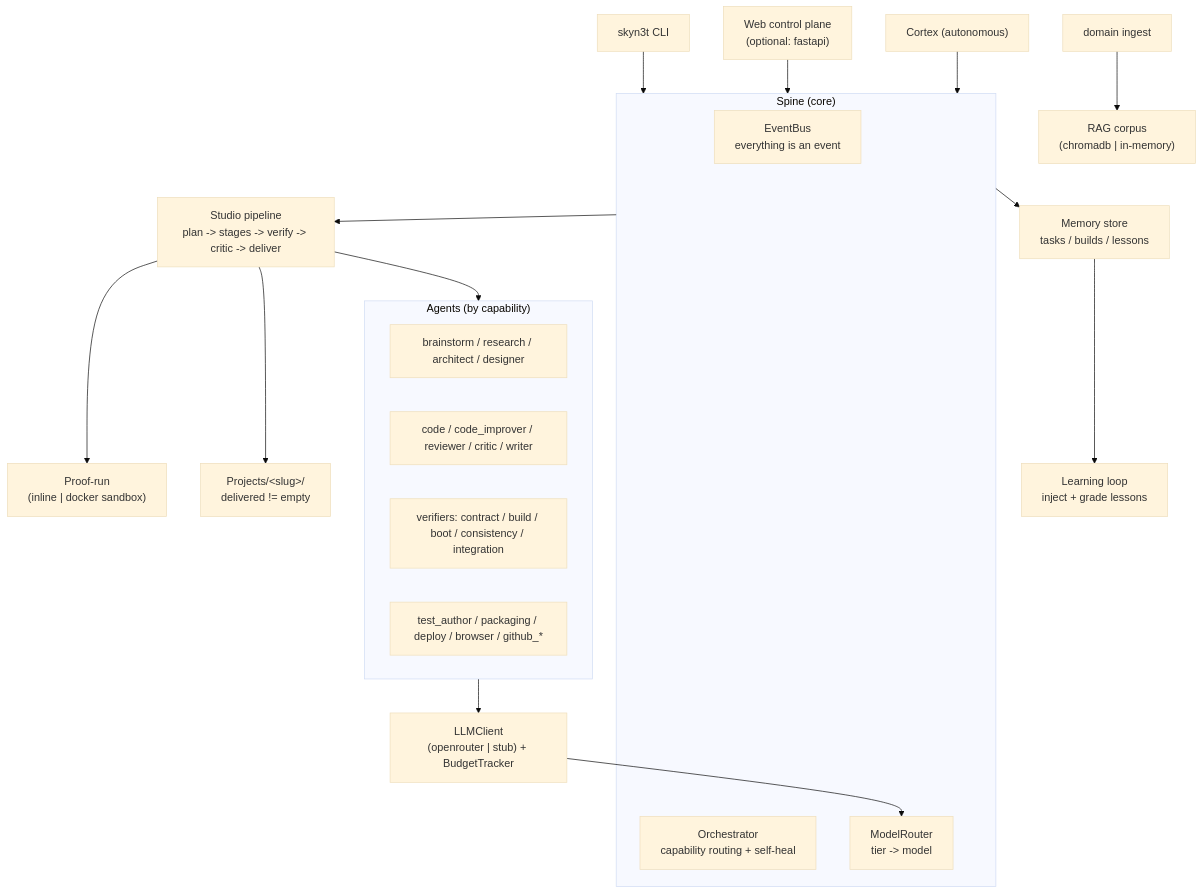
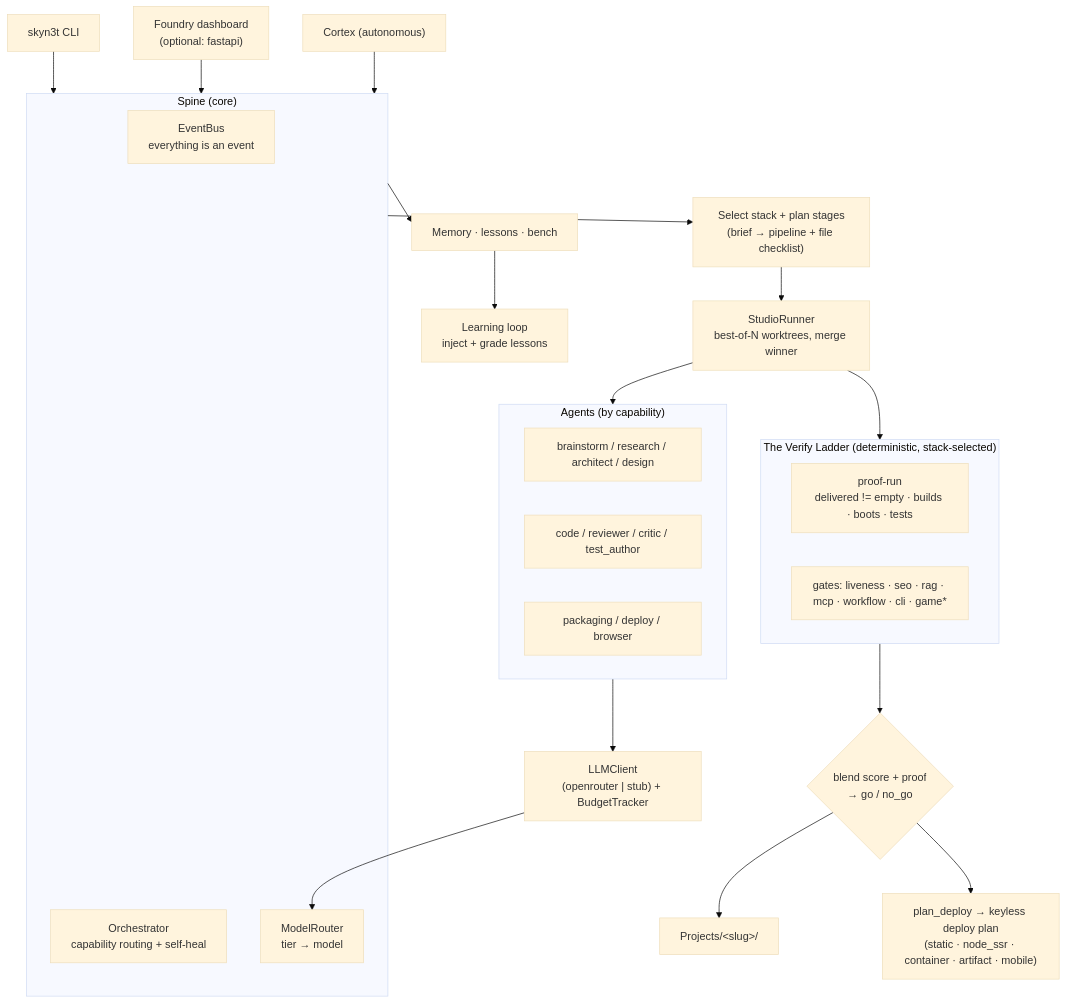
Before and after one commit to Choaterboater/skyn3t-2-0: the diagram in README.md, drawn with Mermaid (base theme). The commit also changed other lines of this file and 8 other files, not shown here.

First line of the commit message:
docs: refresh README (stacks, Verify Ladder, Ship, Foundry, new diagram) + archive stale ledgers

````diff
--- a/README.md
+++ b/README.md
@@ -90,32 +157,38 @@
 ```mermaid
 flowchart TD
     CLI["skyn3t CLI"] --> SPINE
-    WEB["Web control plane<br/>(optional: fastapi)"] --> SPINE
+    WEB["Foundry dashboard<br/>(optional: fastapi)"] --> SPINE
 
     subgraph SPINE["Spine (core)"]
         BUS["EventBus<br/>everything is an event"]
         ORCH["Orchestrator<br/>capability routing + self-heal"]
-        ROUTER["ModelRouter<br/>tier -> model"]
+        ROUTER["ModelRouter<br/>tier → model"]
     end
 
-    SPINE --> STUDIO["Studio pipeline<br/>plan -> stages -> verify -> critic -> deliver"]
+    SPINE --> PLAN["Select stack + plan stages<br/>(brief → pipeline + file checklist)"]
+    PLAN --> STUDIO["StudioRunner<br/>best-of-N worktrees, merge winner"]
     STUDIO --> AGENTS
 
     subgraph AGENTS["Agents (by capability)"]
-        A1["brainstorm / research / architect / designer"]
-        A2["code / code_improver / reviewer / critic / writer"]
-        A3["verifiers: contract / build / boot / consistency / integration"]
-        A4["test_author / packaging / deploy / browser / github_*"]
+        A1["brainstorm / research / architect / design"]
+        A2["code / reviewer / critic / test_author"]
+        A3["packaging / deploy / browser"]
     end
 
-    STUDIO --> PROOF["Proof-run<br/>(inline | docker sandbox)"]
-    STUDIO --> DELIVER["Projects/&lt;slug&gt;/<br/>delivered != empty"]
+    STUDIO --> LADDER
+
+    subgraph LADDER["The Verify Ladder (deterministic, stack-selected)"]
+        P["proof-run<br/>delivered != empty · builds · boots · tests"]
+        G["gates: liveness · seo · rag · mcp · workflow · cli · game*"]
+    end
+
+    LADDER --> VERDICT{"blend score + proof<br/>→ go / no_go"}
+    VERDICT --> DELIVER["Projects/&lt;slug&gt;/"]
+    VERDICT --> SHIP["plan_deploy → keyless deploy plan<br/>(static · node_ssr · container · artifact · mobile)"]
 
     AGENTS --> LLM["LLMClient<br/>(openrouter | stub) + BudgetTracker"]
     LLM --> ROUTER
-
-    SPINE --> MEM["Memory store<br/>tasks / builds / lessons"]
+    SPINE --> MEM["Memory · lessons · bench"]
     MEM --> LEARN["Learning loop<br/>inject + grade lessons"]
-    DOMAIN["domain ingest"] --> RAG["RAG corpus<br/>(chromadb | in-memory)"]
     CORTEX["Cortex (autonomous)"] --> SPINE
 ```
````
